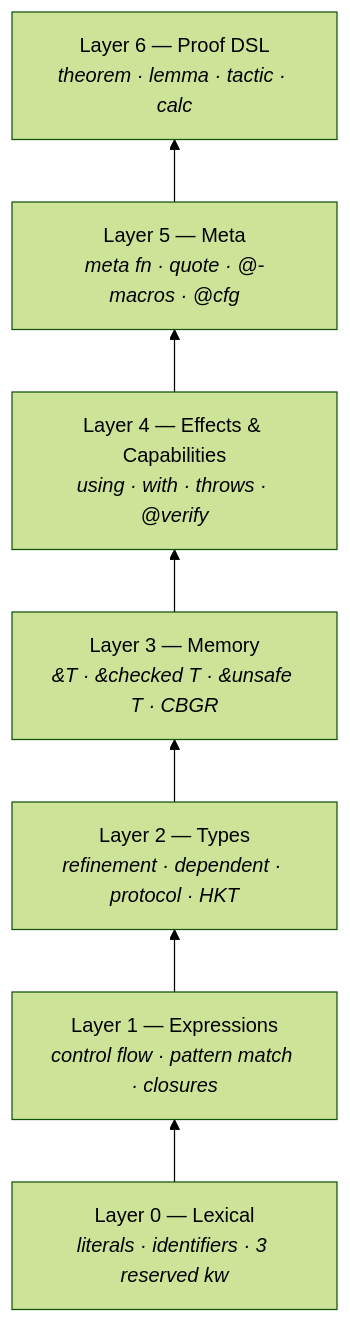
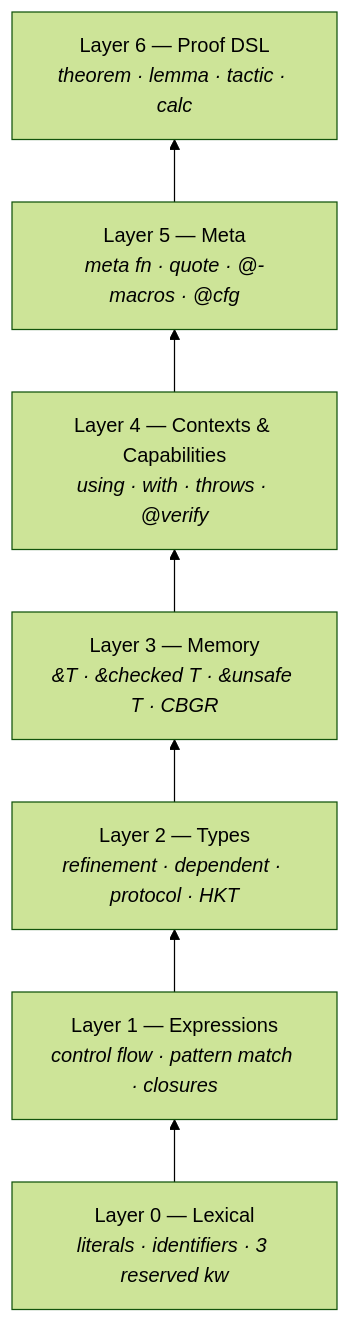
The diagram in docs/language/overview.md (verum-lang/website), drawn with Mermaid (forest theme) before and after one commit. The commit also changed other lines of this file and 46 other files, not shown here.

````diff
--- a/docs/language/overview.md
+++ b/docs/language/overview.md
@@ -32,11 +32,11 @@
 ```mermaid
 flowchart BT
     L0["Layer 0 — Lexical<br/><i>literals · identifiers · 3 reserved kw</i>"]
     L1["Layer 1 — Expressions<br/><i>control flow · pattern match · closures</i>"]
     L2["Layer 2 — Types<br/><i>refinement · dependent · protocol · HKT</i>"]
     L3["Layer 3 — Memory<br/><i>&T · &checked T · &unsafe T · CBGR</i>"]
-    L4["Layer 4 — Effects & Capabilities<br/><i>using · with · throws · @verify</i>"]
+    L4["Layer 4 — Contexts & Capabilities<br/><i>using · with · throws · @verify</i>"]
     L5["Layer 5 — Meta<br/><i>meta fn · quote · @-macros · @cfg</i>"]
     L6["Layer 6 — Proof DSL<br/><i>theorem · lemma · tactic · calc</i>"]
     L0 --> L1 --> L2 --> L3 --> L4 --> L5 --> L6
 ```
````
